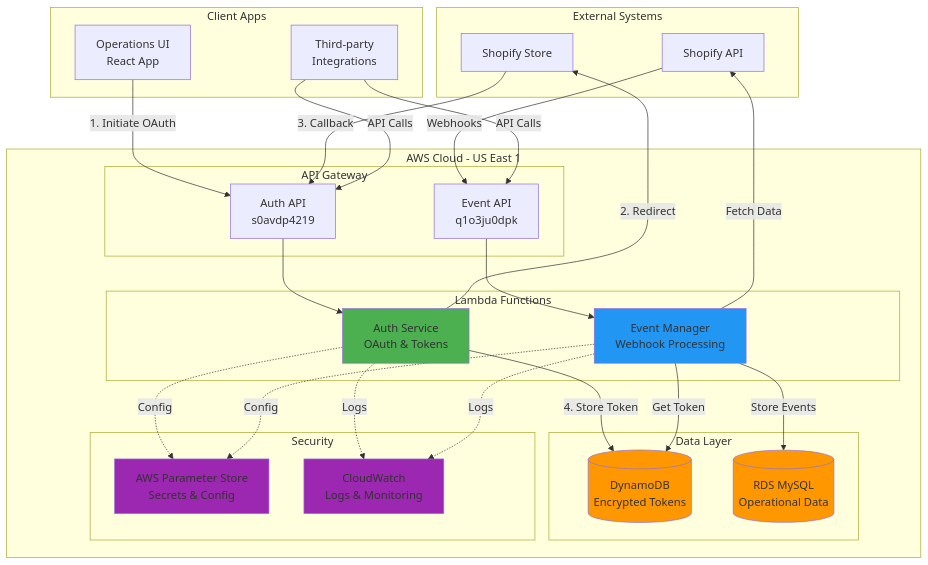
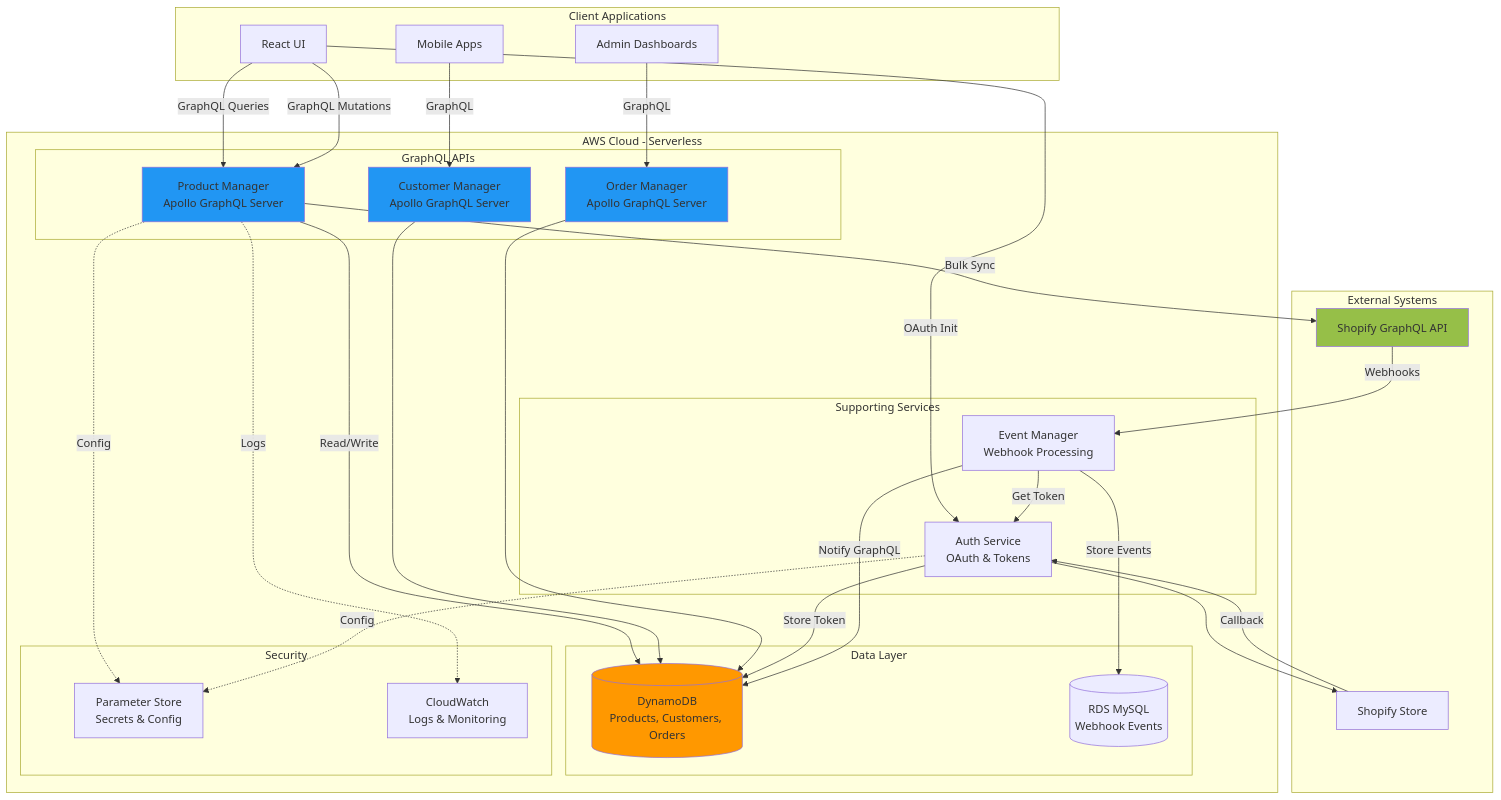
The diagram in README.md (donstefani/shopify-operations-backend), drawn with Mermaid before and after one commit. The commit also changed other lines of this file and 9 other files, not shown here.

````diff
--- a/README.md
+++ b/README.md
@@ -57,65 +65,71 @@
 ```mermaid
 graph TB
     subgraph "External Systems"
-        Shopify[Shopify API]
+        Shopify[Shopify GraphQL API]
         Store[Shopify Store]
     end
     
-    subgraph "AWS Cloud - US East 1"
-        subgraph "API Gateway"
-            AuthAPI[Auth API<br/>s0avdp4219]
-            EventAPI[Event API<br/>q1o3ju0dpk]
+    subgraph "AWS Cloud - Serverless"
+        subgraph "GraphQL APIs"
+            ProductAPI[Product Manager<br/>Apollo GraphQL Server]
+            CustomerAPI[Customer Manager<br/>Apollo GraphQL Server]
+            OrderAPI[Order Manager<br/>Apollo GraphQL Server]
         end
         
-        subgraph "Lambda Functions"
-            AuthLambda[Auth Service<br/>OAuth & Tokens]
-            EventLambda[Event Manager<br/>Webhook Processing]
+        subgraph "Supporting Services"
+            AuthAPI[Auth Service<br/>OAuth & Tokens]
+            EventAPI[Event Manager<br/>Webhook Processing]
         end
         
         subgraph "Data Layer"
-            DynamoDB[(DynamoDB<br/>Encrypted Tokens)]
-            RDS[(RDS MySQL<br/>Operational Data)]
+            DynamoDB[(DynamoDB<br/>Products, Customers, Orders)]
+            RDS[(RDS MySQL<br/>Webhook Events)]
         end
         
         subgraph "Security"
-            SSM[AWS Parameter Store<br/>Secrets & Config]
+            SSM[Parameter Store<br/>Secrets & Config]
             CloudWatch[CloudWatch<br/>Logs & Monitoring]
         end
     end
     
-    subgraph "Client Apps"
-        Frontend[Operations UI<br/>React App]
-        Integrations[Third-party<br/>Integrations]
+    subgraph "Client Applications"
+        Frontend[React UI]
+        Mobile[Mobile Apps]
+        Admin[Admin Dashboards]
     end
     
-    %% OAuth Flow
-    Frontend -->|1. Initiate OAuth| AuthAPI
-    AuthAPI --> AuthLambda
-    AuthLambda -->|2. Redirect| Store
-    Store -->|3. Callback| AuthAPI
-    AuthLambda -->|4. Store Token| DynamoDB
+    %% GraphQL API Flow
+    Frontend -->|GraphQL Queries| ProductAPI
+    Frontend -->|GraphQL Mutations| ProductAPI
+    ProductAPI -->|Read/Write| DynamoDB
+    ProductAPI -->|Bulk Sync| Shopify
+    
+    Mobile -->|GraphQL| CustomerAPI
+    CustomerAPI --> DynamoDB
+    
+    Admin -->|GraphQL| OrderAPI
+    OrderAPI --> DynamoDB
+    
+    %% Auth Flow
+    Frontend -->|OAuth Init| AuthAPI
+    AuthAPI --> Store
+    Store -->|Callback| AuthAPI
+    AuthAPI -->|Store Token| DynamoDB
     
     %% Webhook Flow
     Shopify -->|Webhooks| EventAPI
-    EventAPI --> EventLambda
-    EventLambda -->|Get Token| DynamoDB
-    EventLambda -->|Fetch Data| Shopify
-    EventLambda -->|Store Events| RDS
+    EventAPI -->|Get Token| AuthAPI
+    EventAPI -->|Store Events| RDS
+    EventAPI -->|Notify GraphQL| DynamoDB
     
     %% Configuration
-    AuthLambda -.->|Config| SSM
-    EventLambda -.->|Config| SSM
-    AuthLambda -.->|Logs| CloudWatch
-    EventLambda -.->|Logs| CloudWatch
+    ProductAPI -.->|Config| SSM
+    AuthAPI -.->|Config| SSM
+    ProductAPI -.->|Logs| CloudWatch
     
-    %% Integration
-    Integrations -->|API Calls| AuthAPI
-    Integrations -->|API Calls| EventAPI
-    
-    style AuthLambda fill:#4CAF50
-    style EventLambda fill:#2196F3
+    style ProductAPI fill:#2196F3
+    style CustomerAPI fill:#2196F3
+    style OrderAPI fill:#2196F3
     style DynamoDB fill:#FF9800
-    style RDS fill:#FF9800
-    style SSM fill:#9C27B0
-    style CloudWatch fill:#9C27B0
+    style Shopify fill:#96BF48
 ```
````
